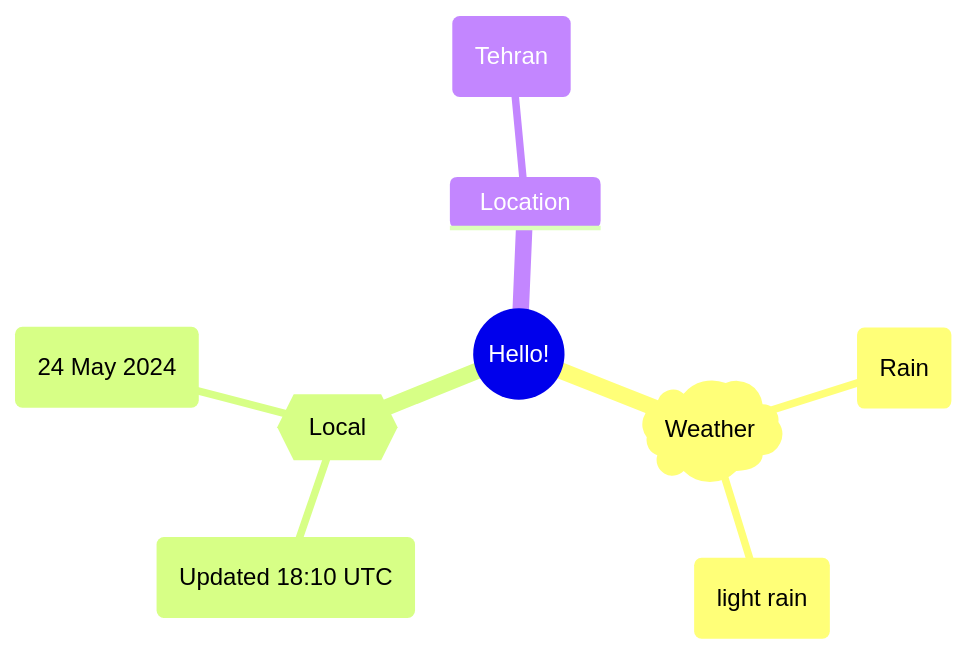
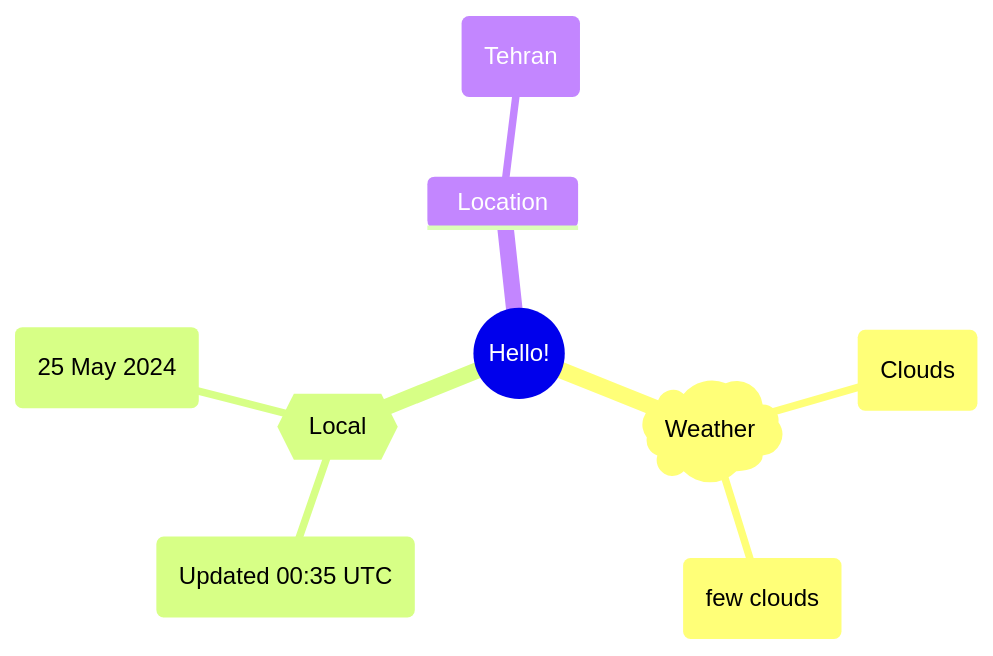
One commit to Xosrov/Xosrov changed the first of 2 diagrams in README.md. Above: the diagram before and after it, drawn with Mermaid.

Commit message:
[bot] updated images

````diff
--- a/README.md
+++ b/README.md
@@ -3,12 +3,12 @@
 ```mermaid
 mindmap
   root((Hello!))
     )Weather(
-        (Rain)
-        (light rain)
+        (Clouds)
+        (few clouds)
     {{Local}}
-        (Updated 18:10 UTC)
-        (24 May 2024)
+        (Updated 00:35 UTC)
+        (25 May 2024)
     Location
         (Tehran)
 ```
````
